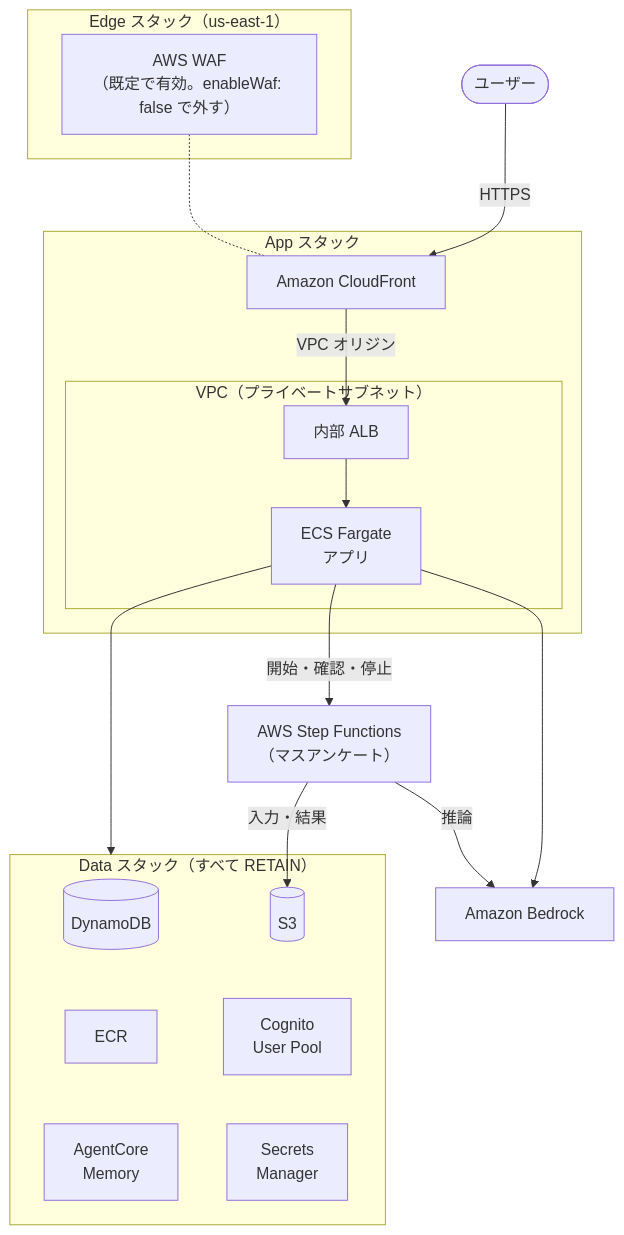
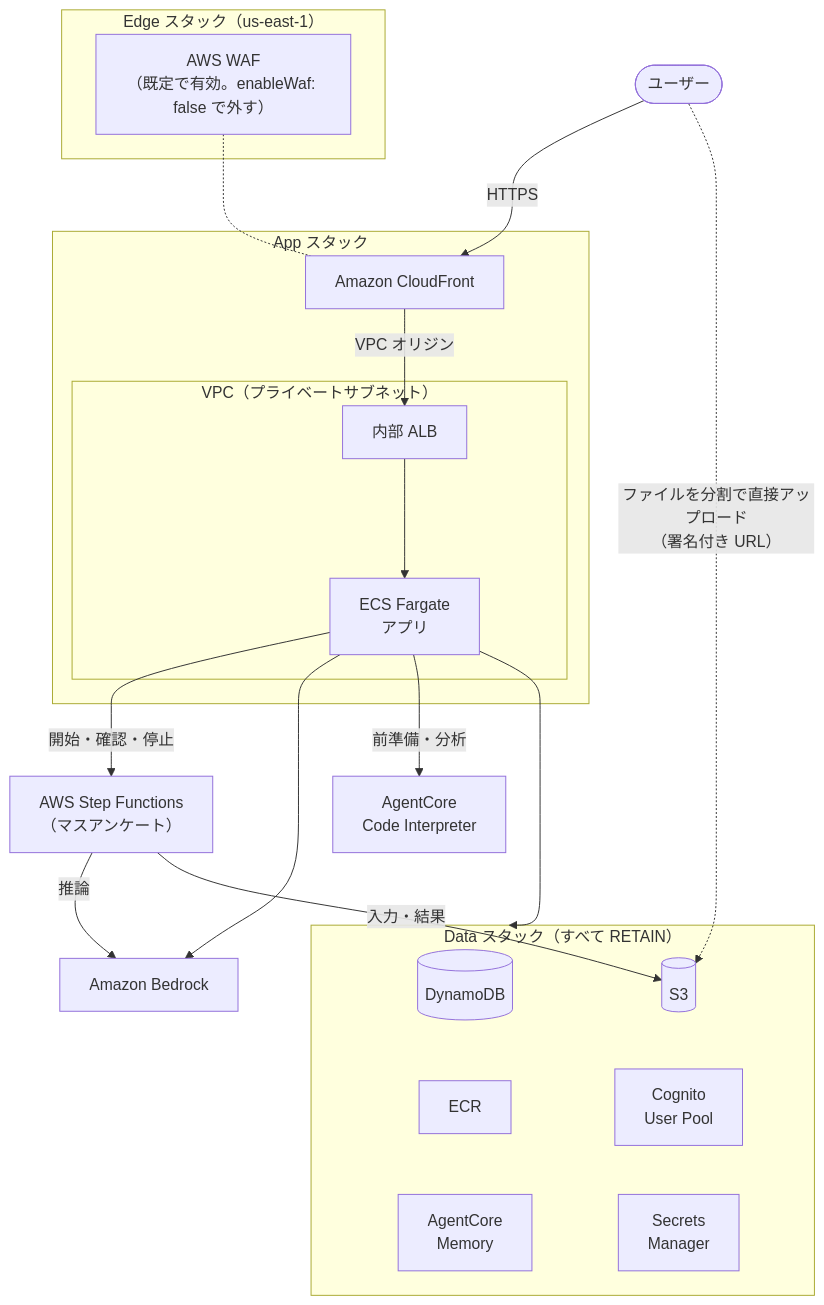
The diagram in cdk/README.md (aws-samples/sample-ai-persona), drawn with Mermaid before and after one commit. The commit also changed other lines of this file and 611 other files, not shown here.

````diff
--- a/cdk/README.md
+++ b/cdk/README.md
@@ -9,32 +9,35 @@
 ```mermaid
 flowchart TB
     User([ユーザー])
 
     subgraph Edge["Edge スタック（us-east-1）"]
         WAF["AWS WAF<br/>（既定で有効。enableWaf: false で外す）"]
     end
 
     subgraph App["App スタック"]
         CloudFront[Amazon CloudFront]
         subgraph VPC["VPC（プライベートサブネット）"]
             ALB[内部 ALB] --> ECS[ECS Fargate<br/>アプリ]
         end
         CloudFront -->|VPC オリジン| ALB
     end
 
     SFN["AWS Step Functions<br/>（マスアンケート）"]
     Bedrock[Amazon Bedrock]
+    CodeInterpreter["AgentCore<br/>Code Interpreter<br/>"]
 
     subgraph Data["Data スタック（すべて RETAIN）"]
         DynamoDB[(DynamoDB)] ~~~ ECR[ECR] ~~~ Memory[AgentCore<br/>Memory]
         S3[(S3)] ~~~ Cognito[Cognito<br/>User Pool] ~~~ Secrets[Secrets<br/>Manager]
     end
 
     User -->|HTTPS| CloudFront
     WAF -.- CloudFront
     ECS -->|開始・確認・停止| SFN
+    User -.->|"ファイルを分割で直接アップロード<br/>（署名付き URL）"| S3
     ECS --> Bedrock
+    ECS -->|前準備・分析| CodeInterpreter
     ECS --> Data
     SFN -->|推論| Bedrock
     SFN -->|入力・結果| S3
 ```
````
